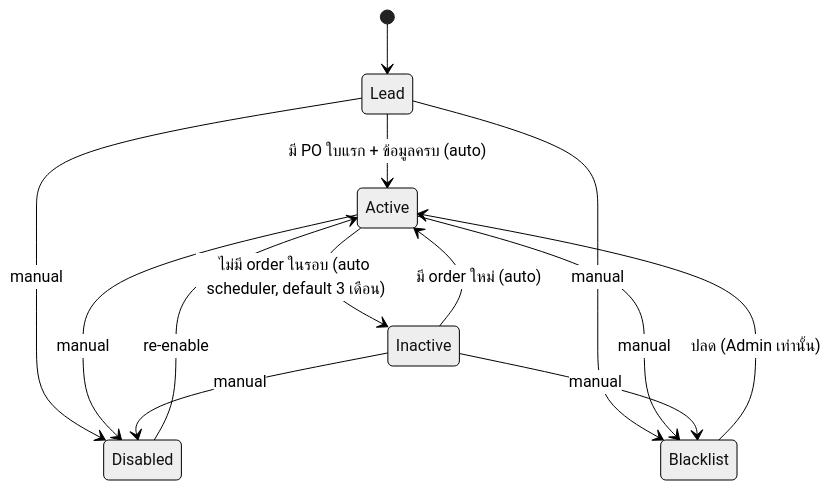
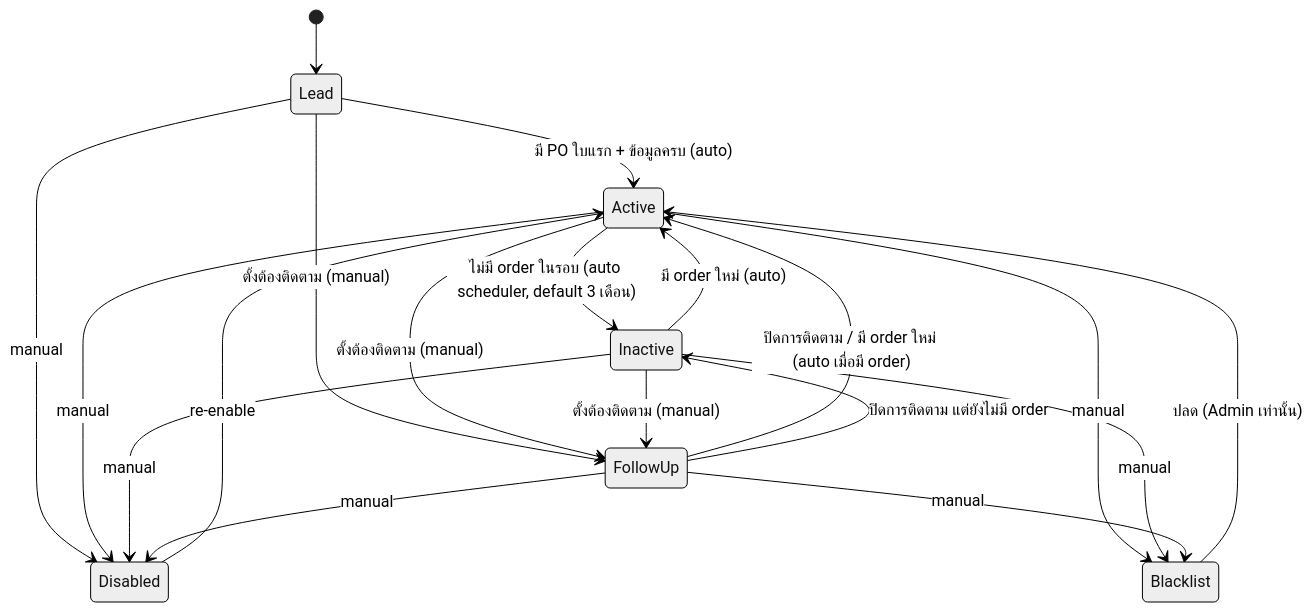
Before and after one commit to sitthi-phat/erp-cosmetics-manufacturing-module: the first of 8 diagrams in docs/requirements/erp-v2-ui-first/status-journeys.md, drawn with Mermaid (neutral theme). The commit also changed other lines of this file and 2 other files, not shown here.

````diff
--- a/docs/requirements/erp-v2-ui-first/status-journeys.md
+++ b/docs/requirements/erp-v2-ui-first/status-journeys.md
@@ -26,15 +26,21 @@
 ```mermaid
 stateDiagram-v2
     [*] --> Lead
     Lead --> Active: มี PO ใบแรก + ข้อมูลครบ (auto)
     Active --> Inactive: ไม่มี order ในรอบ (auto scheduler, default 3 เดือน)
     Inactive --> Active: มี order ใหม่ (auto)
+    Lead --> FollowUp: ตั้งต้องติดตาม (manual)
+    Active --> FollowUp: ตั้งต้องติดตาม (manual)
+    Inactive --> FollowUp: ตั้งต้องติดตาม (manual)
+    FollowUp --> Active: ปิดการติดตาม / มี order ใหม่ (auto เมื่อมี order)
+    FollowUp --> Inactive: ปิดการติดตาม แต่ยังไม่มี order
     Lead --> Disabled: manual
     Active --> Disabled: manual
     Inactive --> Disabled: manual
-    Lead --> Blacklist: manual
+    FollowUp --> Disabled: manual
     Active --> Blacklist: manual
     Inactive --> Blacklist: manual
+    FollowUp --> Blacklist: manual
     Disabled --> Active: re-enable
     Blacklist --> Active: ปลด (Admin เท่านั้น)
 ```
````
